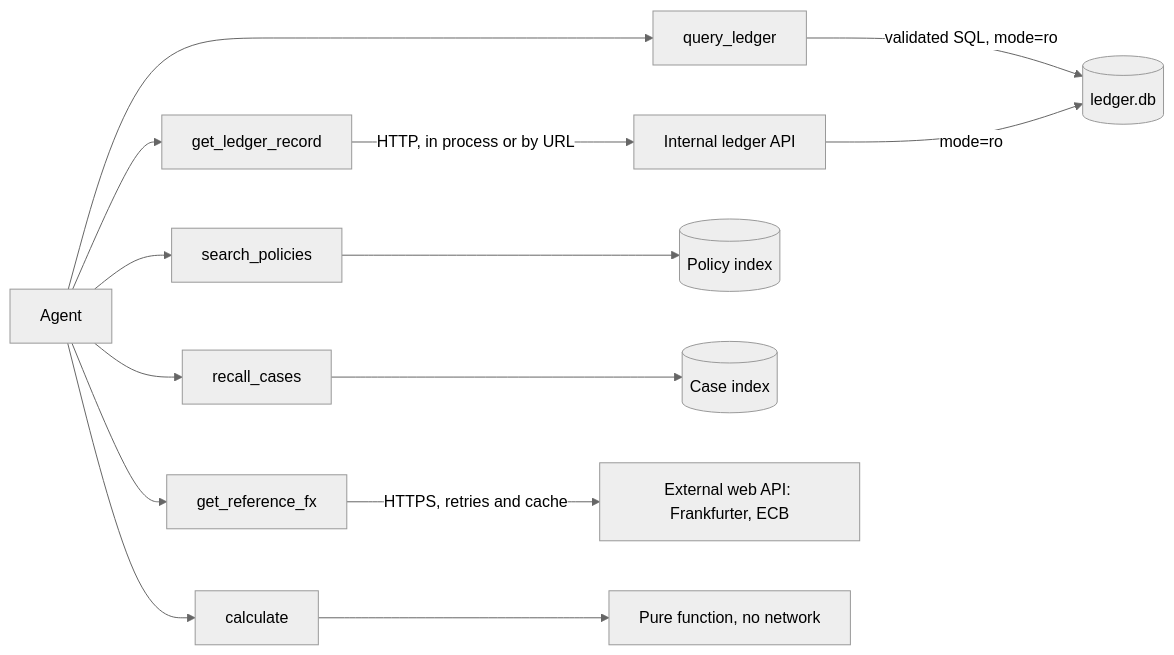
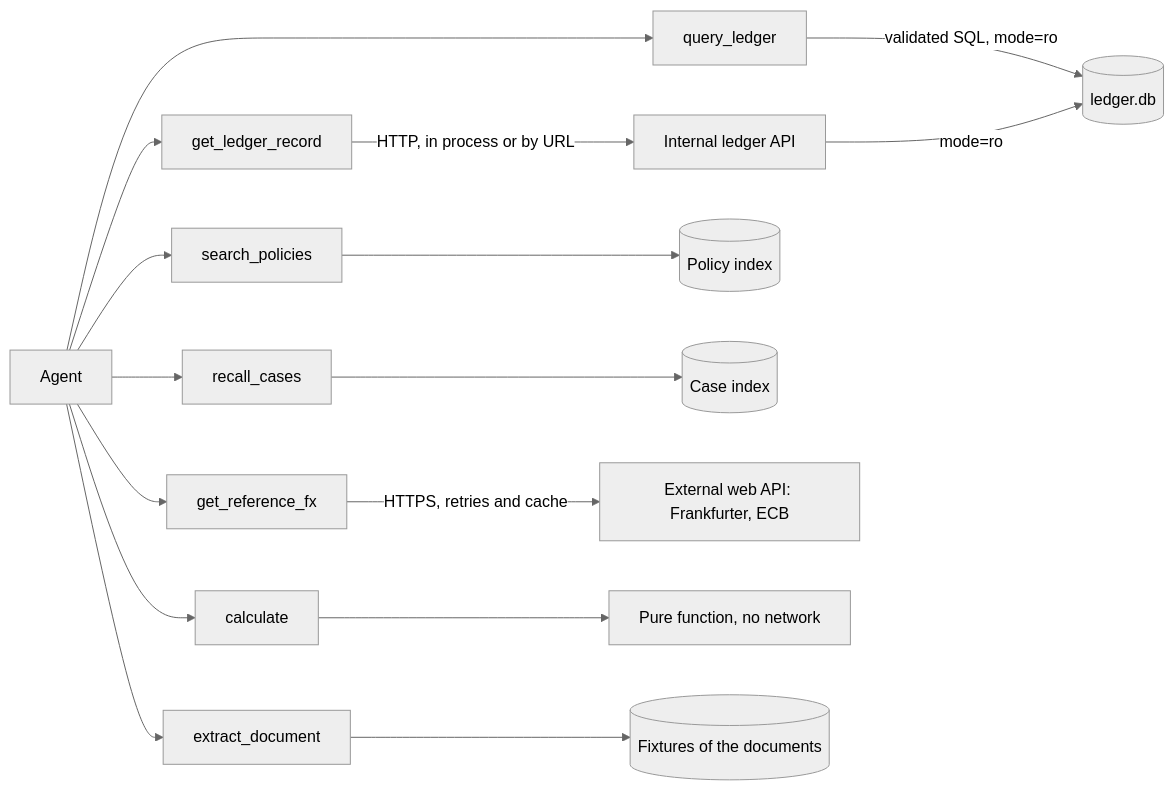
Before and after one commit to erikunha/ledgerlens: the diagram in docs/tools.md, drawn with Mermaid (neutral theme). The commit also changed other lines of this file and 45 other files, not shown here.

````diff
--- a/docs/tools.md
+++ b/docs/tools.md
@@ -61,16 +67,18 @@
 ```mermaid
 flowchart LR
   A[Agent] --> Q[query_ledger]
   A --> R[get_ledger_record]
   A --> P[search_policies]
   A --> F[get_reference_fx]
   A --> C[calculate]
   A --> M[recall_cases]
+  A --> D[extract_document]
   Q -->|"validated SQL, mode=ro"| DB[(ledger.db)]
   R -->|"HTTP, in process or by URL"| S[Internal ledger API]
   S -->|"mode=ro"| DB
   P --> V[(Policy index)]
   M --> K[(Case index)]
   F -->|"HTTPS, retries and cache"| W[External web API: Frankfurter, ECB]
   C --> Z[Pure function, no network]
+  D --> DOC[(Fixtures of the documents)]
 ```
````
